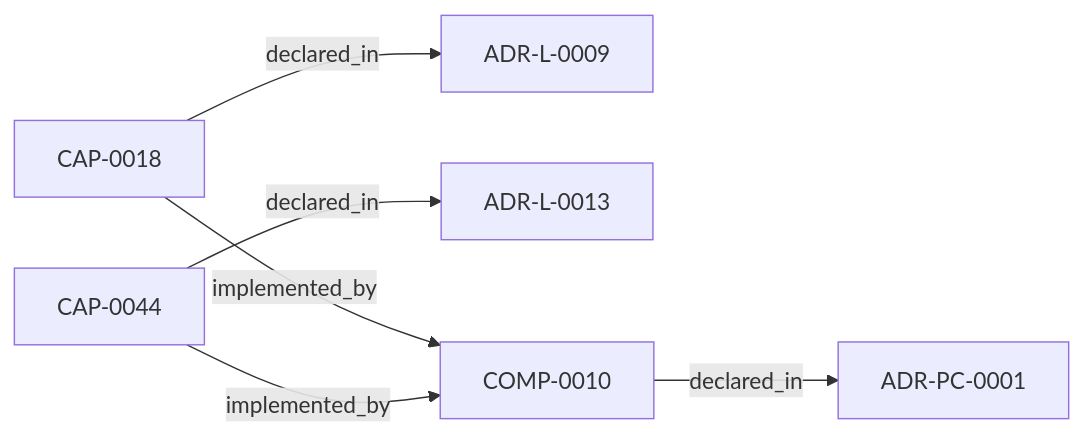
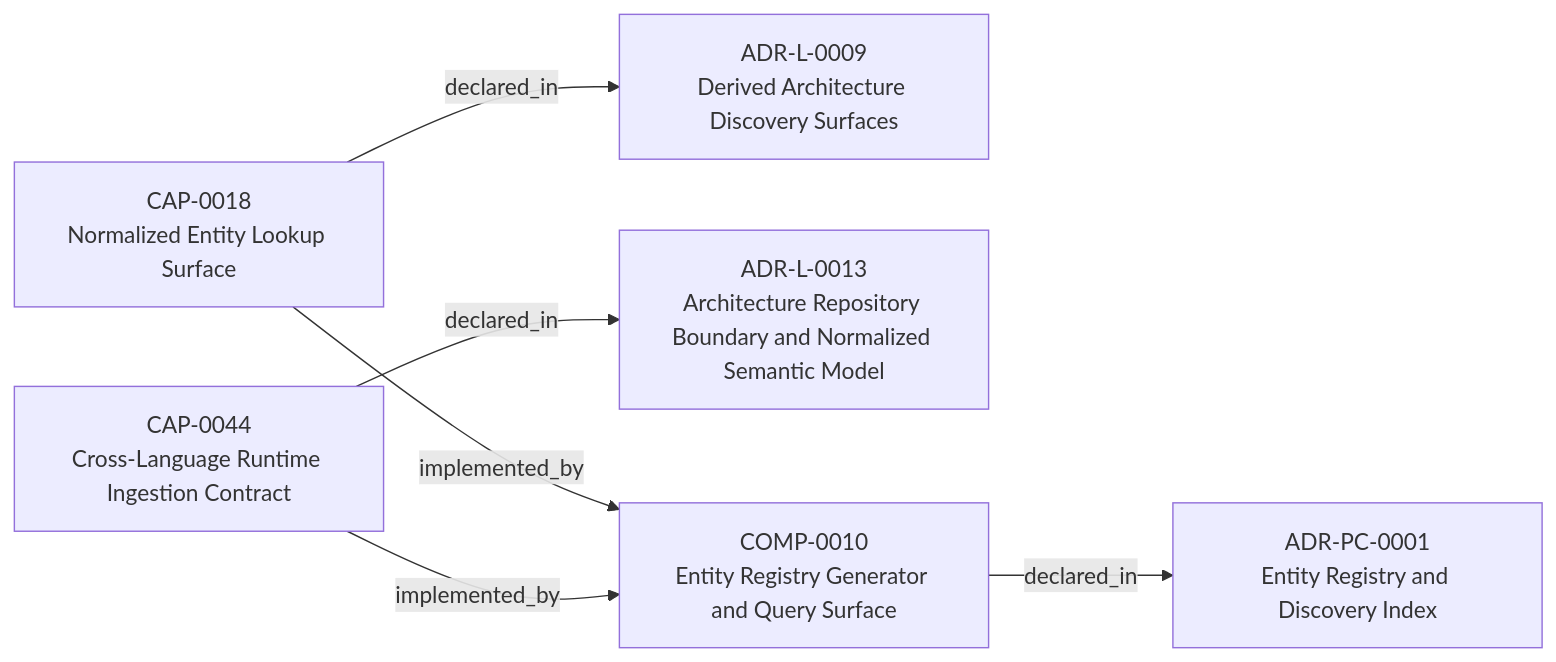
One commit to egallmann/adr-architecture-kit changed the first of 3 diagrams in adrs/adr-projection/physical-component/ADR-PC-0001-entity-registry-and-discovery-index.md. Above: the diagram before and after it, drawn with Mermaid. The commit also changed other lines of this file and 35 other files, not shown here.

````diff
--- a/adrs/adr-projection/physical-component/ADR-PC-0001-entity-registry-and-discovery-index.md
+++ b/adrs/adr-projection/physical-component/ADR-PC-0001-entity-registry-and-discovery-index.md
@@ -30,14 +58,14 @@
 ```mermaid
 flowchart LR
-  n_019fee89_e616_7121_a63e_0baad0a61fb3["CAP-0018"]
-  n_019fee89_e616_770c_a025_2c241a720730["ADR-L-0009"]
-  n_019fee89_e616_7c4e_953c_b7349412a784["ADR-L-0013"]
-  n_019fee89_e616_7d30_ae2e_6fee1dbb2712["CAP-0044"]
-  n_019fee89_e617_7270_ab2f_58a756d2530e["ADR-PC-0001"]
-  n_019fee89_e617_76d8_a333_e21361cd6602["COMP-0010"]
+  n_019fee89_e616_7121_a63e_0baad0a61fb3["CAP-0018<br/>Normalized Entity Lookup Surface"]
+  n_019fee89_e616_770c_a025_2c241a720730["ADR-L-0009<br/>Derived Architecture Discovery Surfaces"]
+  n_019fee89_e616_7c4e_953c_b7349412a784["ADR-L-0013<br/>Architecture Repository Boundary and Normalized Semantic Model"]
+  n_019fee89_e616_7d30_ae2e_6fee1dbb2712["CAP-0044<br/>Cross-Language Runtime Ingestion Contract"]
+  n_019fee89_e617_7270_ab2f_58a756d2530e["ADR-PC-0001<br/>Entity Registry and Discovery Index"]
+  n_019fee89_e617_76d8_a333_e21361cd6602["COMP-0010<br/>Entity Registry Generator and Query Surface"]
   n_019fee89_e616_7121_a63e_0baad0a61fb3 -->|"declared_in"| n_019fee89_e616_770c_a025_2c241a720730
   n_019fee89_e616_7d30_ae2e_6fee1dbb2712 -->|"declared_in"| n_019fee89_e616_7c4e_953c_b7349412a784
   n_019fee89_e617_76d8_a333_e21361cd6602 -->|"declared_in"| n_019fee89_e617_7270_ab2f_58a756d2530e
   n_019fee89_e616_7121_a63e_0baad0a61fb3 -->|"implemented_by"| n_019fee89_e617_76d8_a333_e21361cd6602
   n_019fee89_e616_7d30_ae2e_6fee1dbb2712 -->|"implemented_by"| n_019fee89_e617_76d8_a333_e21361cd6602
 ```
````
